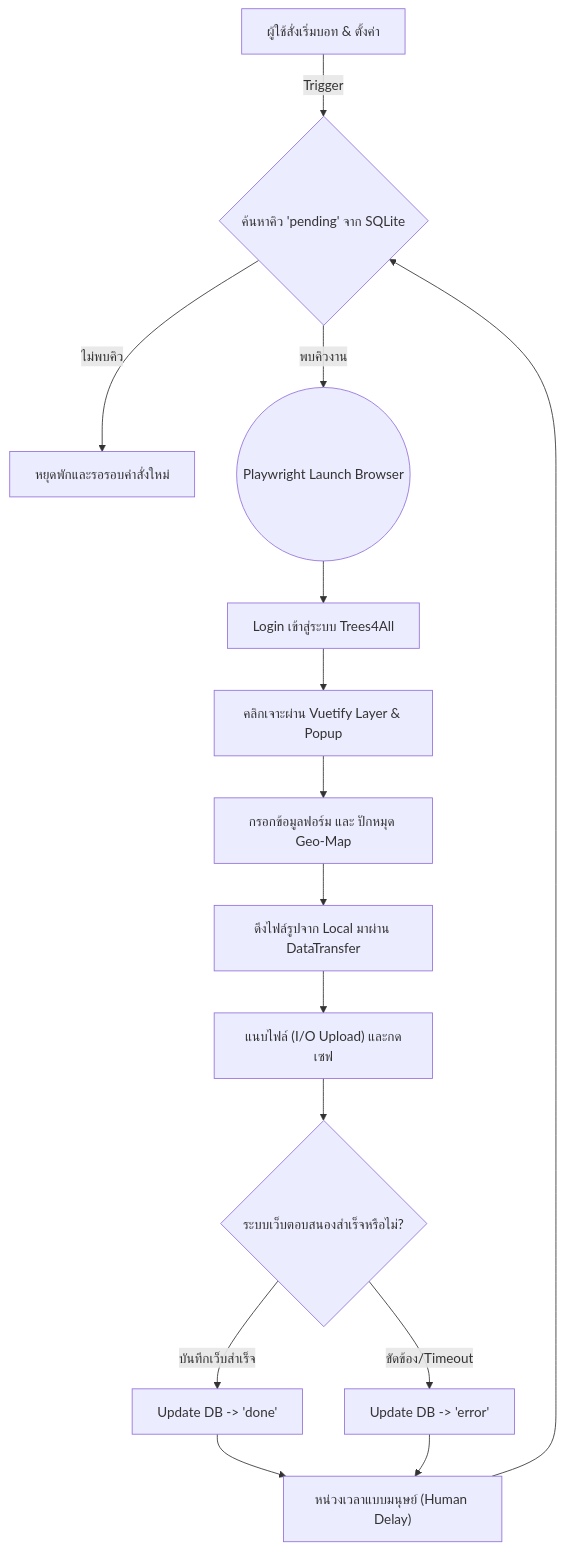
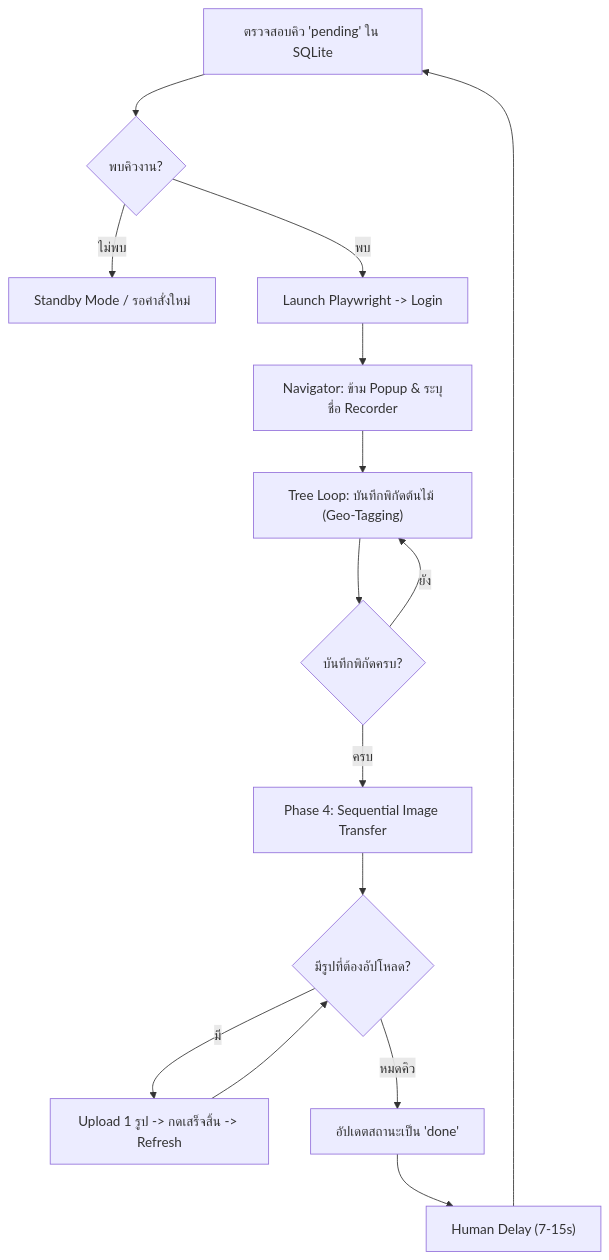
The diagram in README.md (Mike0165115321/trees4_bot), drawn with Mermaid before and after one commit. The commit also changed other lines of this file, not shown here.

````diff
--- a/README.md
+++ b/README.md
@@ -53,21 +51,21 @@
 ```mermaid
 graph TD
-    A["ผู้ใช้สั่งเริ่มบอท & ตั้งค่า"] -->|Trigger| B{"ค้นหาคิว 'pending' จาก SQLite"}
-    B -- ไม่พบคิว --> C["หยุดพักและรอรอบคำสั่งใหม่"]
-    B -- พบคิวงาน --> D(("Playwright Launch Browser"))
+    A["ตรวจสอบคิว 'pending' ใน SQLite"] --> B{"พบคิวงาน?"}
+    B -- ไม่พบ --> C["Standby Mode / รอคำสั่งใหม่"]
+    B -- พบ --> D["Launch Playwright -> Login"]
     
-    D --> E["Login เข้าสู่ระบบ Trees4All"]
-    E --> F["คลิกเจาะผ่าน Vuetify Layer & Popup"]
-    F --> G["กรอกข้อมูลฟอร์ม และ ปักหมุด Geo-Map"]
+    D --> E["Navigator: ข้าม Popup & ระบุชื่อ Recorder"]
+    E --> F["Tree Loop: บันทึกพิกัดต้นไม้ (Geo-Tagging)"]
     
-    G --> H["ดึงไฟล์รูปจาก Local มาผ่าน DataTransfer"]
-    H --> I["แนบไฟล์ (I/O Upload) และกดเซฟ"]
+    F --> G{"บันทึกพิกัดครบ?"}
+    G -- ยัง --> F
+    G -- ครบ --> H["Phase 4: Sequential Image Transfer"]
     
-    I --> J{"ระบบเว็บตอบสนองสำเร็จหรือไม่?"}
-    J -- บันทึกเว็บสำเร็จ --> K["Update DB -> 'done'"]
-    J -- ขัดข้อง/Timeout --> L["Update DB -> 'error'"]
+    H --> I{"มีรูปที่ต้องอัปโหลด?"}
+    I -- มี --> J["Upload 1 รูป -> กดเสร็จสิ้น -> Refresh"]
+    J --> I
+    I -- หมดคิว --> K["อัปเดตสถานะเป็น 'done'"]
     
-    K --> M["หน่วงเวลาแบบมนุษย์ (Human Delay)"]
-    L --> M
-    M --> B
+    K --> L["Human Delay (7-15s)"]
+    L --> A
 ```
````
